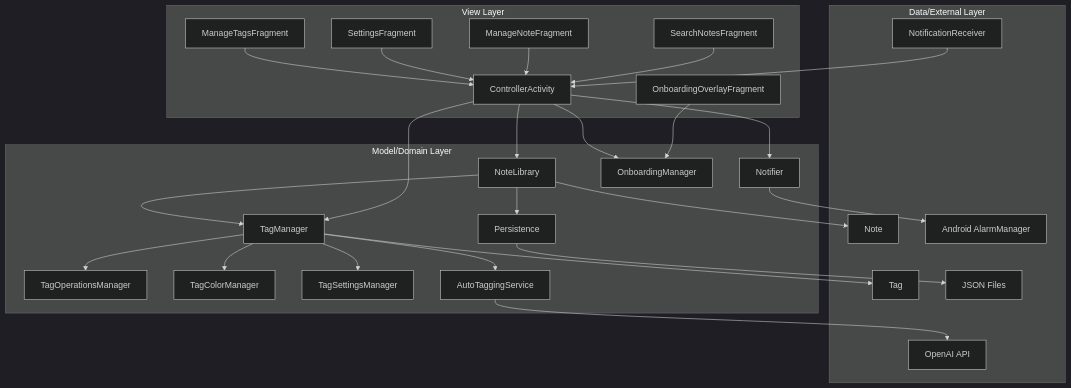
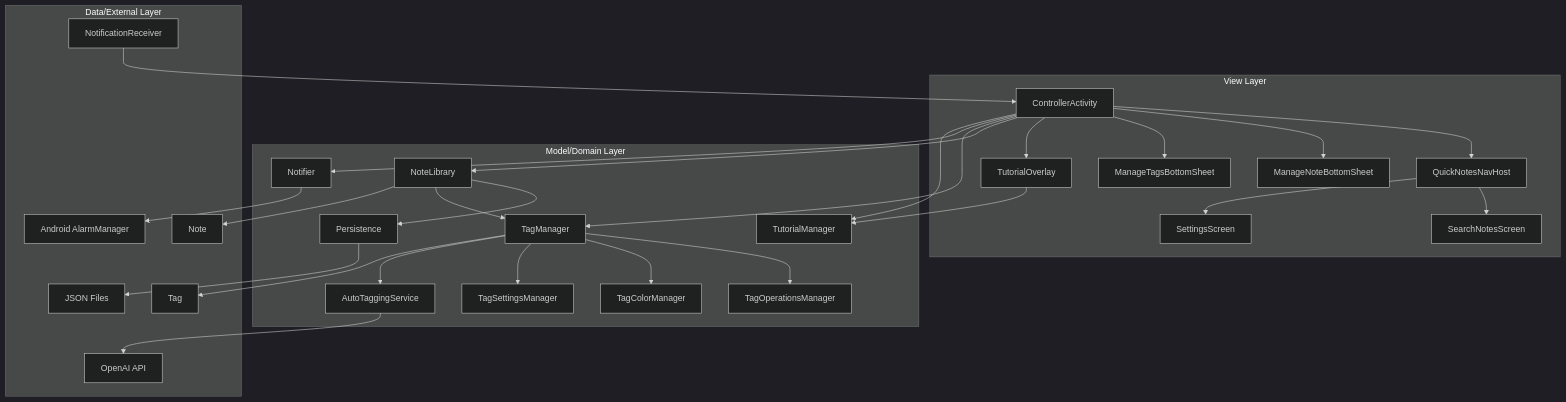
One commit to patricksmill/QuickNotes changed the diagram in docs/architecture/high_level.md. Above: the diagram before and after it, drawn with Mermaid (dark theme). The commit also changed 26 other files, not shown here.

````diff
--- a/docs/architecture/high_level.md
+++ b/docs/architecture/high_level.md
@@ -1,59 +1,59 @@
 ```mermaid
 graph TB
     subgraph "View Layer"
         A[ControllerActivity]
-        B[SearchNotesFragment]
-        C[ManageNoteFragment]
-        D[SettingsFragment]
-        E[ManageTagsFragment]
-        F[OnboardingOverlayFragment]
+        B[SearchNotesScreen]
+        C[ManageNoteBottomSheet]
+        D[SettingsScreen]
+        E[ManageTagsBottomSheet]
+        F[TutorialOverlay]
+        G[QuickNotesNavHost]
     end
 
     subgraph "Model/Domain Layer"
         H[NoteLibrary]
         I[TagManager]
         I1[TagOperationsManager]
         I2[TagColorManager]
         I3[TagSettingsManager]
         J[AutoTaggingService]
         K[Notifier]
         L[Persistence]
-        O[OnboardingManager]
+        O[TutorialManager]
     end
 
     subgraph "Data/External Layer"
         M[Note]
         N[Tag]
         P[JSON Files]
         Q[OpenAI API]
         R[Android AlarmManager]
         S[NotificationReceiver]
     end
 
-    %% Controller mediates between View and Model
-    B --> A
-    C --> A
-    D --> A
-    E --> A
+    G --> B
+    G --> D
+    A --> G
+    A --> C
+    A --> E
+    A --> F
     F --> O
     A --> H
     A --> I
     A --> K
     A --> O
 
-    %% Model interactions
     H --> L
     H --> I
     I --> I1
     I --> I2
     I --> I3
     I --> J
     J --> Q
     K --> R
     S --> A
 
-    %% Data layer
     L --> P
     H --> M
     I --> N
 ```
````
